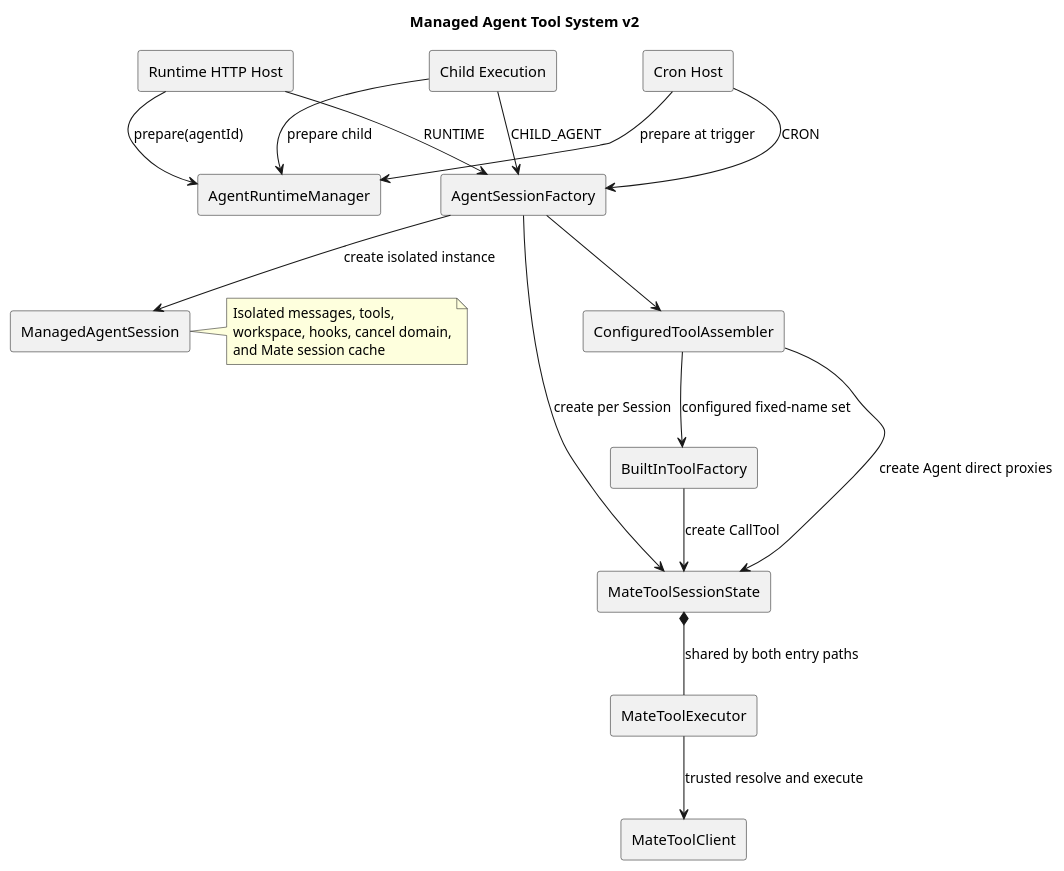
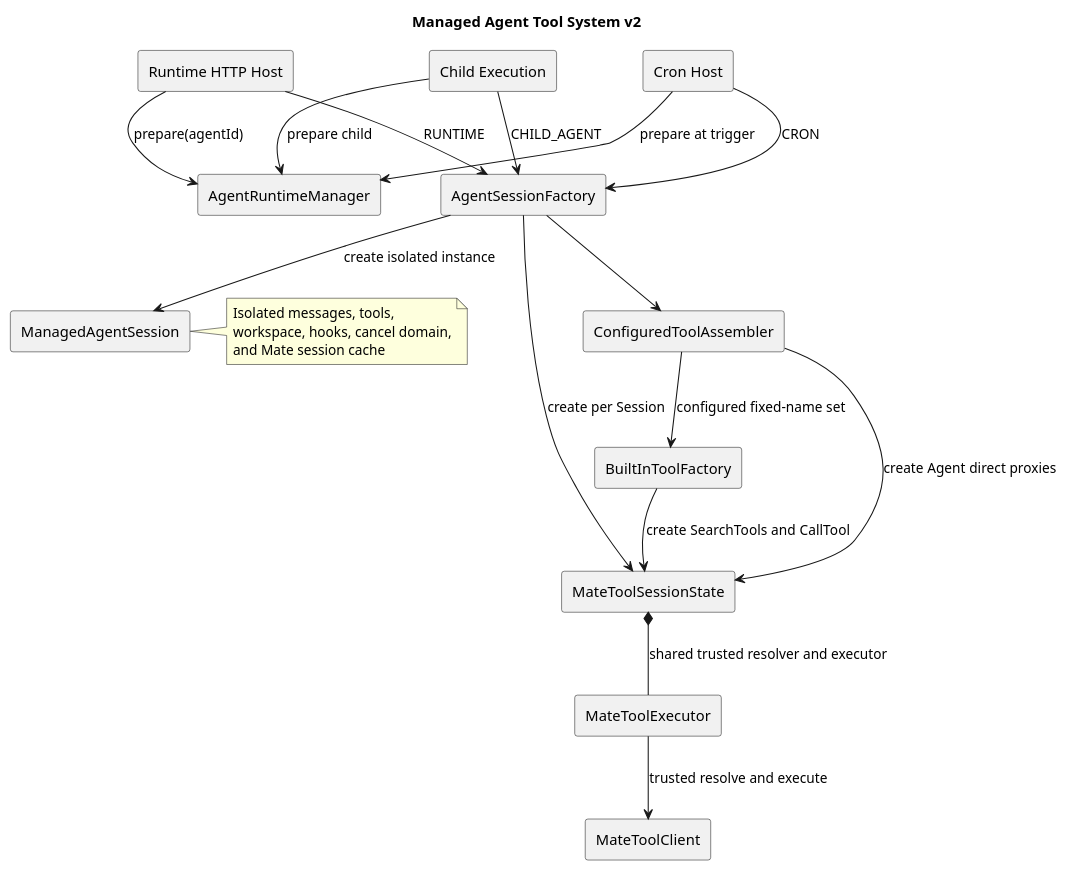
Before and after one commit to 2862282695gjh-afk/pi-mono-java: the first of 4 diagrams in docs/designs/tool-system-v2/diagram.puml, drawn with PlantUML. The commit also changed other lines of this file and 9 other files, not shown here.

```diff
--- a/docs/designs/tool-system-v2/diagram.puml
+++ b/docs/designs/tool-system-v2/diagram.puml
@@ -1,44 +1,45 @@
 @startuml tool_system_architecture
 ' Pre-change baseline: CampusClaw merge base d649866a6cae967ace18ceaeb9597edd47e5721e.
-' Reviewed tool assembly baseline: CampusClaw c2b41723702cedfe167ec2cda68c6db65c39b0fa.
+' Reviewed tool assembly baseline: CampusClaw 8e4d9914106aab8745e6cba801047af816ce5132.
 ' Source evidence: modules/coding-agent-cli/src/main/java/com/campusclaw/codingagent/session/AgentSessionFactory.java, create
 ' Source evidence: modules/coding-agent-cli/src/main/java/com/campusclaw/codingagent/tool/builtin/DefaultConfiguredToolAssembler.java, assemble
+' Source evidence: modules/coding-agent-cli/src/main/java/com/campusclaw/codingagent/tool/mate/SearchTools.java, execute
 ' Architecture change: the source-evidence types did not exist at the pre-change baseline.
 ' Observed at reviewed baseline: one session factory serves Runtime, Cron, and Child entry points.
 ' Design reason: host lifecycle stays outside the shared session while tool semantics remain identical.
 skinparam componentStyle rectangle
 skinparam shadowing false
 title Managed Agent Tool System v2
 
 component "Runtime HTTP Host" as Runtime
 component "Cron Host" as Cron
 component "Child Execution" as Child
 component "AgentSessionFactory" as Factory
 component "ManagedAgentSession" as Session
 component "ConfiguredToolAssembler" as Assembler
 component "BuiltInToolFactory" as ToolFactory
 component "AgentRuntimeManager" as RuntimeManager
 component "MateToolClient" as Mate
 component "MateToolSessionState" as State
 component "MateToolExecutor" as Executor
 
 Runtime --> RuntimeManager : prepare(agentId)
 Cron --> RuntimeManager : prepare at trigger
 Child --> RuntimeManager : prepare child
 Runtime --> Factory : RUNTIME
 Cron --> Factory : CRON
 Child --> Factory : CHILD_AGENT
 Factory --> Session : create isolated instance
 Factory --> Assembler
 Assembler --> ToolFactory : configured fixed-name set
 Factory --> State : create per Session
 Assembler --> State : create Agent direct proxies
-ToolFactory --> State : create CallTool
-State *-- Executor : shared by both entry paths
+ToolFactory --> State : create SearchTools and CallTool
+State *-- Executor : shared trusted resolver and executor
 Executor --> Mate : trusted resolve and execute
 note right of Session
   Isolated messages, tools,
   workspace, hooks, cancel domain,
   and Mate session cache
 end note
 @enduml
```
